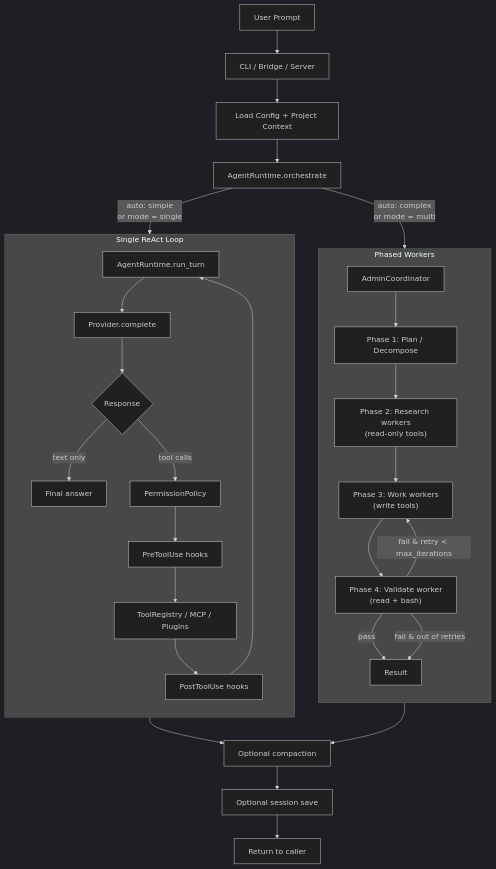
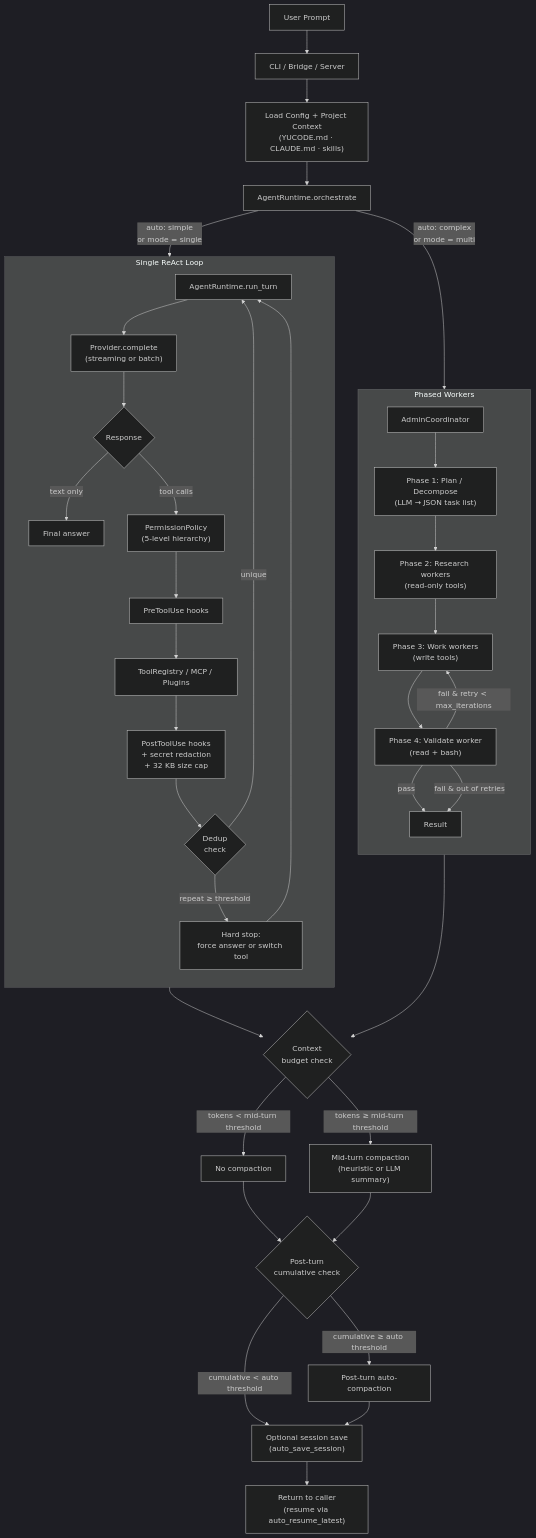
Before and after one commit to yutsang/yucode: the diagram in README.md, drawn with Mermaid (dark theme). The commit also changed other lines of this file and 9 other files, not shown here.

First line of the commit message:
Add session continuity, compaction wiring, TTY display fixes, and workspace-first search.

````diff
--- a/README.md
+++ b/README.md
@@ -30,37 +30,46 @@
 ```mermaid
 flowchart TD
     User["User Prompt"] --> CLI["CLI / Bridge / Server"]
-    CLI --> Config["Load Config + Project Context"]
-    Config --> Orchestrate["AgentRuntime.orchestrate"]
-    Orchestrate -->|"auto: simple<br/>or mode = single"| SingleLoop
+    CLI --> Context["Load Config + Project Context\n(YUCODE.md · CLAUDE.md · skills)"]
+    Context --> Orchestrate["AgentRuntime.orchestrate"]
+    Orchestrate -->|"auto: simple\nor mode = single"| SingleLoop
 
     subgraph SingleLoop ["Single ReAct Loop"]
         direction TB
-        S1["AgentRuntime.run_turn"] --> S2["Provider.complete"]
+        S1["AgentRuntime.run_turn"] --> S2["Provider.complete\n(streaming or batch)"]
         S2 --> S3{"Response"}
         S3 -->|"text only"| S4["Final answer"]
-        S3 -->|"tool calls"| S5["PermissionPolicy"]
+        S3 -->|"tool calls"| S5["PermissionPolicy\n(5-level hierarchy)"]
         S5 --> S6["PreToolUse hooks"]
         S6 --> S7["ToolRegistry / MCP / Plugins"]
-        S7 --> S8["PostToolUse hooks"]
-        S8 --> S1
+        S7 --> S8["PostToolUse hooks\n+ secret redaction\n+ 32 KB size cap"]
+        S8 --> Dedup{"Dedup\ncheck"}
+        Dedup -->|"unique"| S1
+        Dedup -->|"repeat ≥ threshold"| HardStop["Hard stop:\nforce answer or switch tool"]
+        HardStop --> S1
     end
 
-    Orchestrate -->|"auto: complex<br/>or mode = multi"| Admin["AdminCoordinator"]
+    Orchestrate -->|"auto: complex\nor mode = multi"| Admin["AdminCoordinator"]
 
     subgraph MultiPhase ["Phased Workers"]
         direction TB
-        Admin --> Plan["Phase 1: Plan / Decompose"]
-        Plan --> Research["Phase 2: Research workers<br/>(read-only tools)"]
-        Research --> Work["Phase 3: Work workers<br/>(write tools)"]
-        Work --> Validate["Phase 4: Validate worker<br/>(read + bash)"]
+        Admin --> Plan["Phase 1: Plan / Decompose\n(LLM → JSON task list)"]
+        Plan --> Research["Phase 2: Research workers\n(read-only tools)"]
+        Research --> Work["Phase 3: Work workers\n(write tools)"]
+        Work --> Validate["Phase 4: Validate worker\n(read + bash)"]
         Validate -->|"pass"| Done["Result"]
         Validate -->|"fail & retry < max_iterations"| Work
         Validate -->|"fail & out of retries"| Done
     end
 
-    SingleLoop --> Compact["Optional compaction"]
-    MultiPhase --> Compact
-    Compact --> Save["Optional session save"]
-    Save --> Out["Return to caller"]
+    SingleLoop --> Budget{"Context\nbudget check"}
+    MultiPhase --> Budget
+    Budget -->|"tokens < mid-turn threshold"| Compact1["No compaction"]
+    Budget -->|"tokens ≥ mid-turn threshold"| Compact2["Mid-turn compaction\n(heuristic or LLM summary)"]
+    Compact1 --> PostCheck{"Post-turn\ncumulative check"}
+    Compact2 --> PostCheck
+    PostCheck -->|"cumulative < auto threshold"| Save["Optional session save\n(auto_save_session)"]
+    PostCheck -->|"cumulative ≥ auto threshold"| AutoCompact["Post-turn auto-compaction"]
+    AutoCompact --> Save
+    Save --> Out["Return to caller\n(resume via auto_resume_latest)"]
 ```
````
